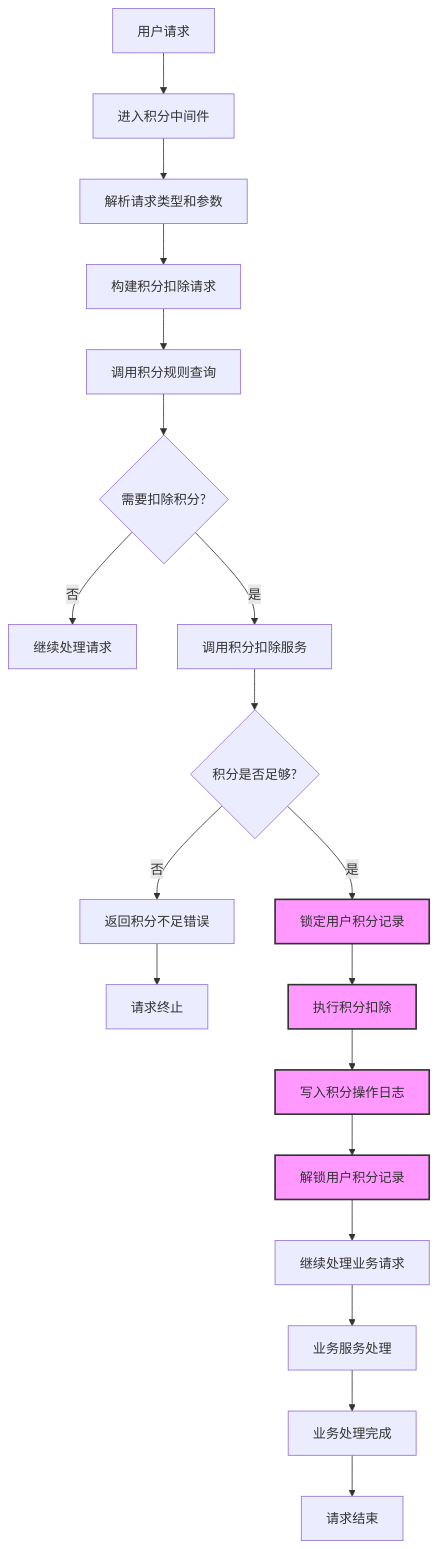
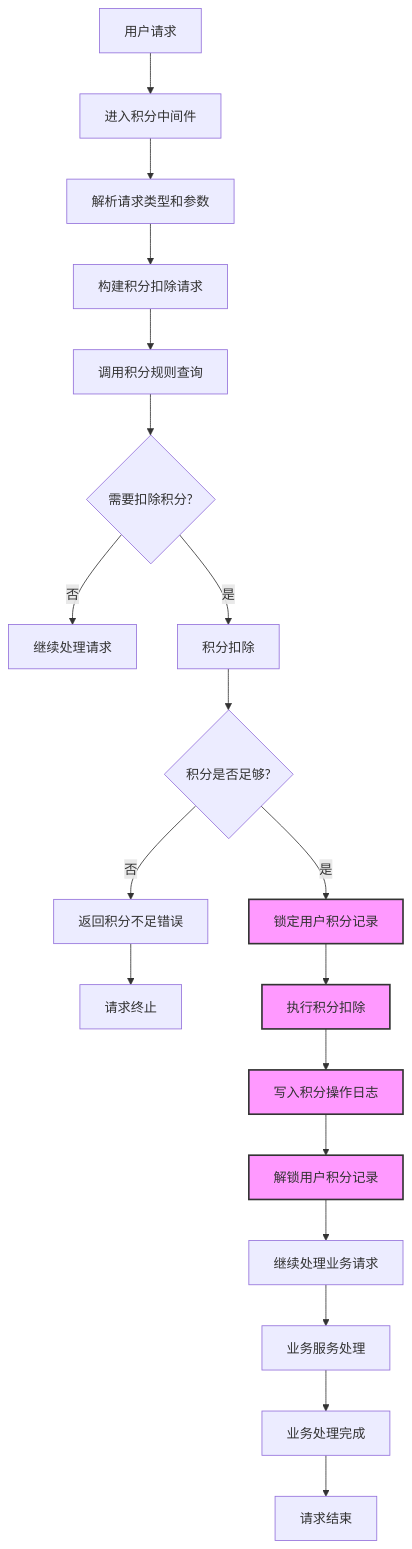
One commit to yingjianzh/iodraw-files changed the diagram in all/未命名-65.md. Above: the diagram before and after it, drawn with Mermaid.

Commit message:
2025-05-22 15:37:37 update

````diff
--- a/all/未命名-65.md
+++ b/all/未命名-65.md
@@ -1,32 +1,32 @@
 ```mermaid
 flowchart TD
     A[用户请求] --> D[进入积分中间件]
     
     D --> E[解析请求类型和参数]
     E --> F[构建积分扣除请求]
     F --> G[调用积分规则查询]
     
     G --> H{需要扣除积分?}
     H -->|否| I[继续处理请求]
     
-    H -->|是| J[调用积分扣除服务]
+    H -->|是| J[积分扣除]
     J --> K{积分是否足够?}
     
     K -->|否| L[返回积分不足错误]
     L --> M[请求终止]
     
     K -->|是| N[锁定用户积分记录]
     N --> O[执行积分扣除]
     O --> P[写入积分操作日志]
     P --> Q[解锁用户积分记录]
     
     Q --> R[继续处理业务请求]
     R --> S[业务服务处理]
     S --> T[业务处理完成]
     T --> U[请求结束]
     
     style N fill:#f9f,stroke:#333,stroke-width:2px
     style O fill:#f9f,stroke:#333,stroke-width:2px
     style P fill:#f9f,stroke:#333,stroke-width:2px
     style Q fill:#f9f,stroke:#333,stroke-width:2px
 ```
````
